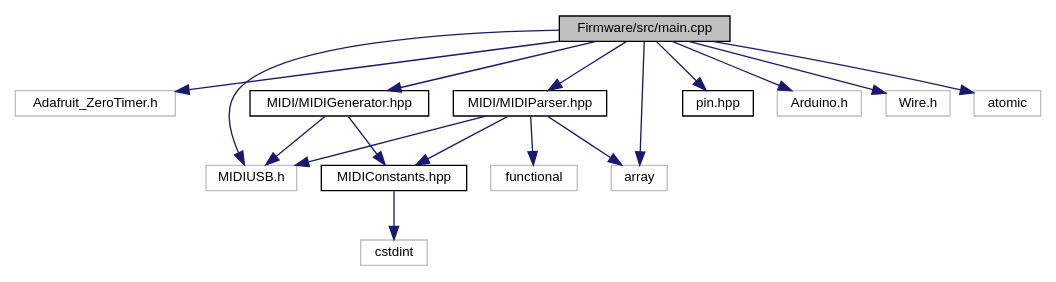
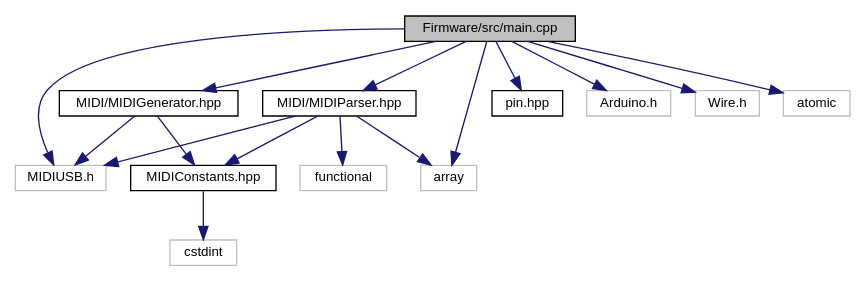
The diagram in docs/main_8cpp__incl.dot (AkiyukiOkayasu/jade), drawn with Graphviz before and after one commit. The commit also changed 68 other files, not shown here.

```diff
--- a/docs/main_8cpp__incl.dot
+++ b/docs/main_8cpp__incl.dot
@@ -1,35 +1,33 @@
 digraph "Firmware/src/main.cpp"
 {
  // LATEX_PDF_SIZE
   edge [fontname="Helvetica",fontsize="10",labelfontname="Helvetica",labelfontsize="10"];
   node [fontname="Helvetica",fontsize="10",shape=record];
   Node1 [label="Firmware/src/main.cpp",height=0.2,width=0.4,color="black", fillcolor="grey75", style="filled", fontcolor="black",tooltip="jade main"];
   Node1 -> Node2 [color="midnightblue",fontsize="10",style="solid",fontname="Helvetica"];
-  Node2 [label="Adafruit_ZeroTimer.h",height=0.2,width=0.4,color="grey75", fillcolor="white", style="filled",tooltip=" "];
-  Node1 -> Node3 [color="midnightblue",fontsize="10",style="solid",fontname="Helvetica"];
-  Node3 [label="MIDI/MIDIGenerator.hpp",height=0.2,width=0.4,color="black", fillcolor="white", style="filled",URL="$_midi_generator_8hpp.html",tooltip="USB-MIDI event generator."];
+  Node2 [label="MIDI/MIDIGenerator.hpp",height=0.2,width=0.4,color="black", fillcolor="white", style="filled",URL="$_midi_generator_8hpp.html",tooltip="USB-MIDI event generator."];
+  Node2 -> Node3 [color="midnightblue",fontsize="10",style="solid",fontname="Helvetica"];
+  Node3 [label="MIDIConstants.hpp",height=0.2,width=0.4,color="black", fillcolor="white", style="filled",URL="$_midi_constants_8hpp.html",tooltip="Constants about MIDI."];
   Node3 -> Node4 [color="midnightblue",fontsize="10",style="solid",fontname="Helvetica"];
-  Node4 [label="MIDIConstants.hpp",height=0.2,width=0.4,color="black", fillcolor="white", style="filled",URL="$_midi_constants_8hpp.html",tooltip="Constants about MIDI."];
-  Node4 -> Node5 [color="midnightblue",fontsize="10",style="solid",fontname="Helvetica"];
-  Node5 [label="cstdint",height=0.2,width=0.4,color="grey75", fillcolor="white", style="filled",tooltip=" "];
-  Node3 -> Node6 [color="midnightblue",fontsize="10",style="solid",fontname="Helvetica"];
-  Node6 [label="MIDIUSB.h",height=0.2,width=0.4,color="grey75", fillcolor="white", style="filled",tooltip=" "];
+  Node4 [label="cstdint",height=0.2,width=0.4,color="grey75", fillcolor="white", style="filled",tooltip=" "];
+  Node2 -> Node5 [color="midnightblue",fontsize="10",style="solid",fontname="Helvetica"];
+  Node5 [label="MIDIUSB.h",height=0.2,width=0.4,color="grey75", fillcolor="white", style="filled",tooltip=" "];
+  Node1 -> Node6 [color="midnightblue",fontsize="10",style="solid",fontname="Helvetica"];
+  Node6 [label="MIDI/MIDIParser.hpp",height=0.2,width=0.4,color="black", fillcolor="white", style="filled",URL="$_midi_parser_8hpp.html",tooltip="USB-MIDI event parser."];
+  Node6 -> Node3 [color="midnightblue",fontsize="10",style="solid",fontname="Helvetica"];
+  Node6 -> Node5 [color="midnightblue",fontsize="10",style="solid",fontname="Helvetica"];
+  Node6 -> Node7 [color="midnightblue",fontsize="10",style="solid",fontname="Helvetica"];
+  Node7 [label="array",height=0.2,width=0.4,color="grey75", fillcolor="white", style="filled",tooltip=" "];
+  Node6 -> Node8 [color="midnightblue",fontsize="10",style="solid",fontname="Helvetica"];
+  Node8 [label="functional",height=0.2,width=0.4,color="grey75", fillcolor="white", style="filled",tooltip=" "];
+  Node1 -> Node5 [color="midnightblue",fontsize="10",style="solid",fontname="Helvetica"];
+  Node1 -> Node9 [color="midnightblue",fontsize="10",style="solid",fontname="Helvetica"];
+  Node9 [label="pin.hpp",height=0.2,width=0.4,color="black", fillcolor="white", style="filled",URL="$pin_8hpp.html",tooltip="Constants about Seeeduino XAIO GPIO."];
+  Node1 -> Node10 [color="midnightblue",fontsize="10",style="solid",fontname="Helvetica"];
+  Node10 [label="Arduino.h",height=0.2,width=0.4,color="grey75", fillcolor="white", style="filled",tooltip=" "];
+  Node1 -> Node11 [color="midnightblue",fontsize="10",style="solid",fontname="Helvetica"];
+  Node11 [label="Wire.h",height=0.2,width=0.4,color="grey75", fillcolor="white", style="filled",tooltip=" "];
   Node1 -> Node7 [color="midnightblue",fontsize="10",style="solid",fontname="Helvetica"];
-  Node7 [label="MIDI/MIDIParser.hpp",height=0.2,width=0.4,color="black", fillcolor="white", style="filled",URL="$_midi_parser_8hpp.html",tooltip="USB-MIDI event parser."];
-  Node7 -> Node4 [color="midnightblue",fontsize="10",style="solid",fontname="Helvetica"];
-  Node7 -> Node6 [color="midnightblue",fontsize="10",style="solid",fontname="Helvetica"];
-  Node7 -> Node8 [color="midnightblue",fontsize="10",style="solid",fontname="Helvetica"];
-  Node8 [label="array",height=0.2,width=0.4,color="grey75", fillcolor="white", style="filled",tooltip=" "];
-  Node7 -> Node9 [color="midnightblue",fontsize="10",style="solid",fontname="Helvetica"];
-  Node9 [label="functional",height=0.2,width=0.4,color="grey75", fillcolor="white", style="filled",tooltip=" "];
-  Node1 -> Node6 [color="midnightblue",fontsize="10",style="solid",fontname="Helvetica"];
-  Node1 -> Node10 [color="midnightblue",fontsize="10",style="solid",fontname="Helvetica"];
-  Node10 [label="pin.hpp",height=0.2,width=0.4,color="black", fillcolor="white", style="filled",URL="$pin_8hpp.html",tooltip="Constants about Seeeduino XAIO GPIO."];
-  Node1 -> Node11 [color="midnightblue",fontsize="10",style="solid",fontname="Helvetica"];
-  Node11 [label="Arduino.h",height=0.2,width=0.4,color="grey75", fillcolor="white", style="filled",tooltip=" "];
   Node1 -> Node12 [color="midnightblue",fontsize="10",style="solid",fontname="Helvetica"];
-  Node12 [label="Wire.h",height=0.2,width=0.4,color="grey75", fillcolor="white", style="filled",tooltip=" "];
-  Node1 -> Node8 [color="midnightblue",fontsize="10",style="solid",fontname="Helvetica"];
-  Node1 -> Node13 [color="midnightblue",fontsize="10",style="solid",fontname="Helvetica"];
-  Node13 [label="atomic",height=0.2,width=0.4,color="grey75", fillcolor="white", style="filled",tooltip=" "];
+  Node12 [label="atomic",height=0.2,width=0.4,color="grey75", fillcolor="white", style="filled",tooltip=" "];
 }
```
